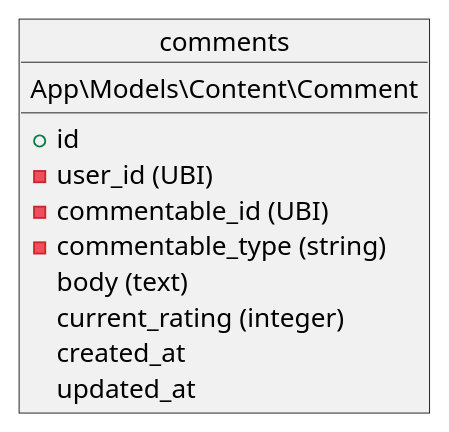
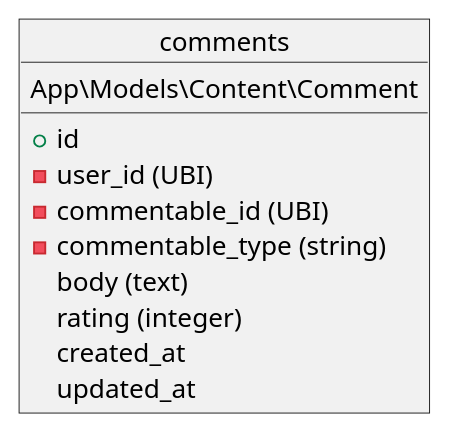
One commit to fesh-biz/7dab changed the diagram in info/database/tables/content/comments.puml. Above: the diagram before and after it, drawn with PlantUML. The commit also changed 4 other files, not shown here.

```diff
--- a/info/database/tables/content/comments.puml
+++ b/info/database/tables/content/comments.puml
@@ -1,16 +1,16 @@
 @startuml
 object comments {
     App\Models\Content\Comment
     __
     + id
 
     - user_id (UBI)
     - commentable_id (UBI)
     - commentable_type (string)
 
     body (text)
-    current_rating (integer)
+    rating (integer)
     created_at
     updated_at
 }
 @enduml
```
